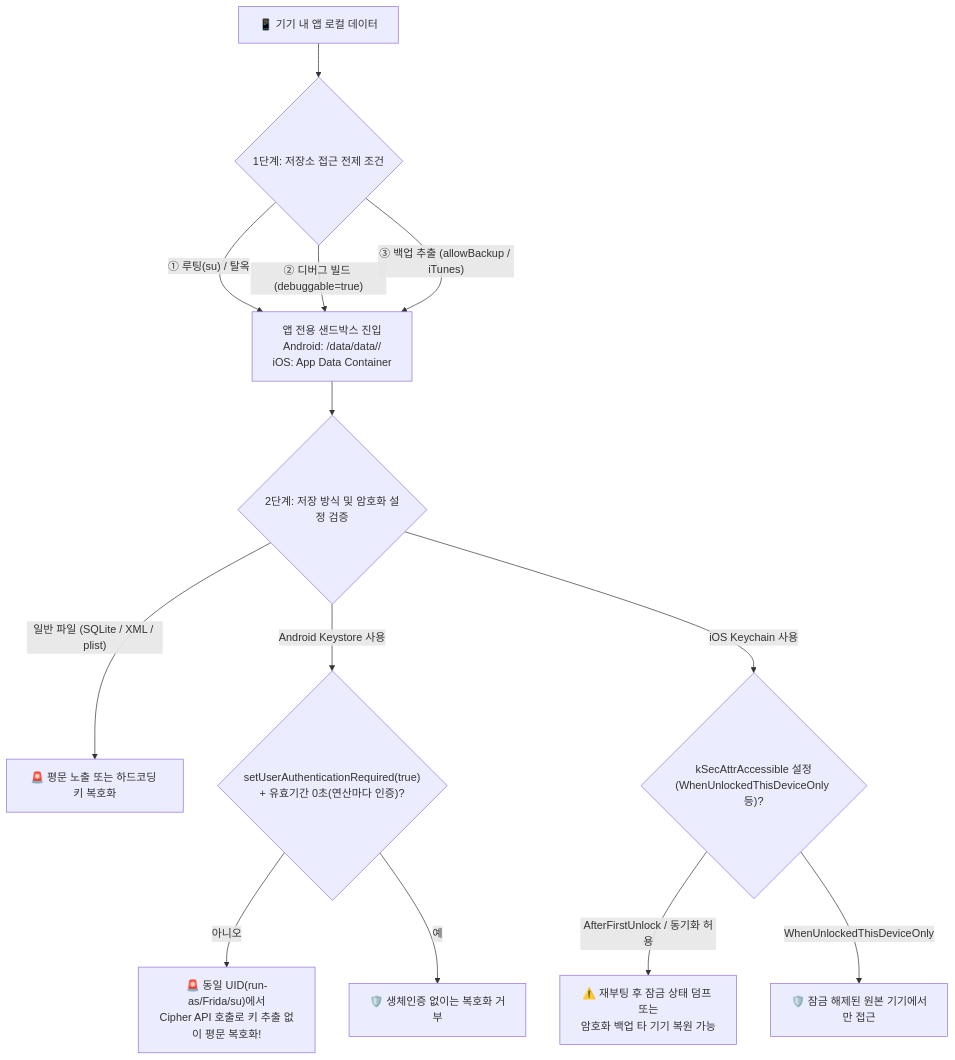
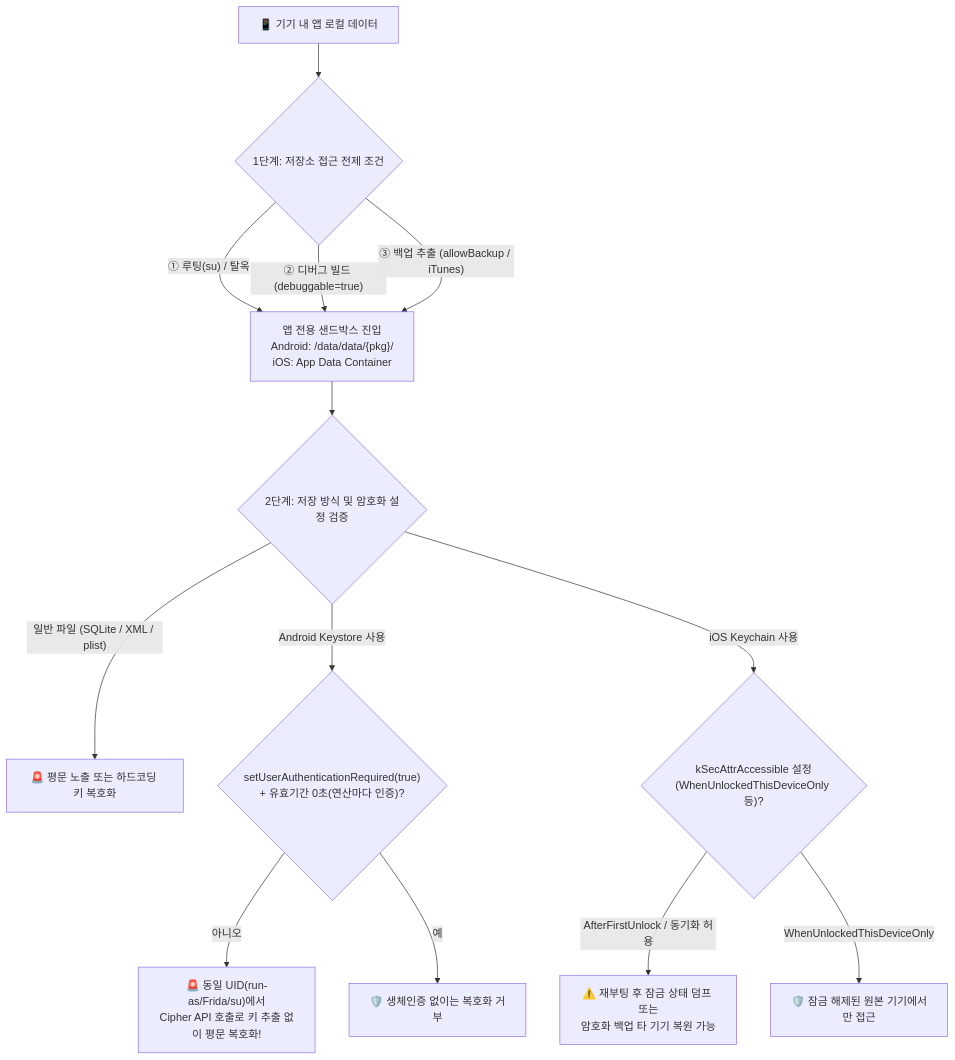
One commit to gooyong-sec/gooyong-sec.github.io changed the first of 2 diagrams in content/모바일취약점/모바일 취약점 진단 — 로컬 저장소 포렌식.md. Above: the diagram before and after it, drawn with Mermaid. The commit also changed 17 other files, not shown here.

````diff
--- a/content/모바일취약점/모바일 취약점 진단 — 로컬 저장소 포렌식.md
+++ b/content/모바일취약점/모바일 취약점 진단 — 로컬 저장소 포렌식.md
@@ -18,15 +18,15 @@
 ```mermaid
 flowchart TD
     Start["📱 기기 내 앱 로컬 데이터"] --> Cond{"1단계: 저장소 접근 전제 조건"}
-    Cond -->|"① 루팅(su) / 탈옥"| Access["앱 전용 샌드박스 진입<br/>Android: /data/data/<pkg>/<br/>iOS: App Data Container"]
+    Cond -->|"① 루팅(su) / 탈옥"| Access["앱 전용 샌드박스 진입<br/>Android: /data/data/{pkg}/<br/>iOS: App Data Container"]
     Cond -->|"② 디버그 빌드 (debuggable=true)"| Access
     Cond -->|"③ 백업 추출 (allowBackup / iTunes)"| Access
     Access --> Type{"2단계: 저장 방식 및 암호화 설정 검증"}
     Type -->|"일반 파일 (SQLite / XML / plist)"| Plain["🚨 평문 노출 또는 하드코딩 키 복호화"]
     Type -->|"Android Keystore 사용"| KS{"setUserAuthenticationRequired(true)<br/>+ 유효기간 0초(연산마다 인증)?"}
     KS -->|"아니오"| KSBypass["🚨 동일 UID(run-as/Frida/su)에서<br/>Cipher API 호출로 키 추출 없이 평문 복호화!"]
     KS -->|"예"| KSSafe["🛡️ 생체인증 없이는 복호화 거부"]
     Type -->|"iOS Keychain 사용"| KC{"kSecAttrAccessible 설정<br/>(WhenUnlockedThisDeviceOnly 등)?"}
     KC -->|"AfterFirstUnlock / 동기화 허용"| KCRisk["⚠️ 재부팅 후 잠금 상태 덤프 또는<br/>암호화 백업 타 기기 복원 가능"]
     KC -->|"WhenUnlockedThisDeviceOnly"| KCSafe["🛡️ 잠금 해제된 원본 기기에서만 접근"]
 ```
````
